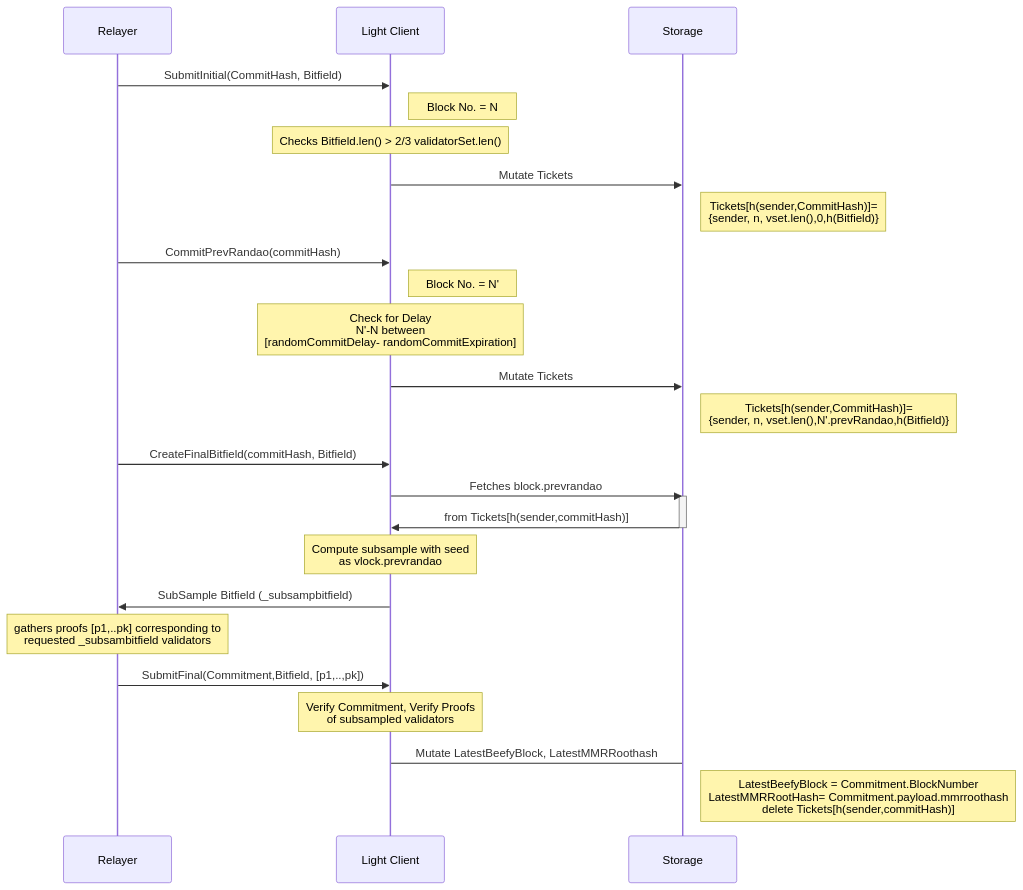
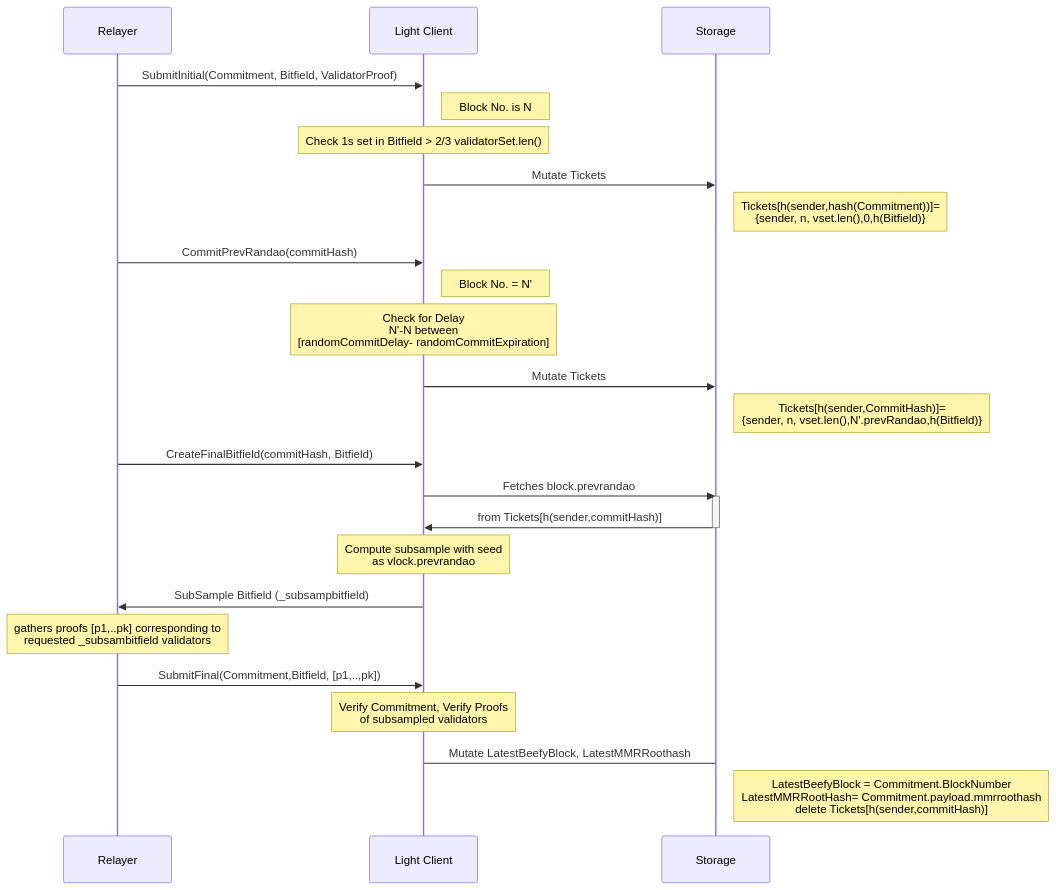
The diagram in docs/sect-finality.md (w3f/polkadot-spec), drawn with Mermaid before and after one commit.

Commit message:
subsampling chart updated

````diff
--- a/docs/sect-finality.md
+++ b/docs/sect-finality.md
@@ -748,29 +748,28 @@
 ```mermaid
 sequenceDiagram
     participant R as Relayer
     participant L as Light Client
     participant S as Storage
-    R->>L: SubmitInitial(CommitHash, Bitfield)
-    Note right of L: Block No. = N
-    Note over L: Checks Bitfield.len() > 2/3 validatorSet.len() 
+    R->>L: SubmitInitial(Commitment, Bitfield, ValidatorProof)
+    Note right of L: Block No. is N
+    Note over L: Check 1s set in Bitfield > 2/3 validatorSet.len() 
     L->>S: Mutate Tickets
-    Note right of S: Tickets[h(sender,CommitHash)]= <br> {sender, n, vset.len(),0,h(Bitfield)}
-
+    Note right of S: Tickets[h(sender,hash(Commitment))]= <br> {sender, n, vset.len(),0,h(Bitfield)}
     R->>L: CommitPrevRandao(commitHash)
     Note right of L: Block No. = N' 
     Note over L: Check for Delay <br> N'-N between <br> [randomCommitDelay- randomCommitExpiration]
     L->>S: Mutate Tickets
     Note right of S: Tickets[h(sender,CommitHash)]= <br> {sender, n, vset.len(),N'.prevRandao,h(Bitfield)}
     R->>L: CreateFinalBitfield(commitHash, Bitfield) 
     L->>S: Fetches block.prevrandao 
     activate S
     S->>L: from Tickets[h(sender,commitHash)]
     deactivate S
     Note over L: Compute subsample with seed <br> as vlock.prevrandao
     L->>R: SubSample Bitfield (_subsampbitfield)
     Note over R: gathers proofs [p1,..pk] corresponding to <br> requested _subsambitfield validators
     R->>L: SubmitFinal(Commitment,Bitfield, [p1,..,pk])
     Note over L: Verify Commitment, Verify Proofs <br> of subsampled validators
     L->S: Mutate LatestBeefyBlock, LatestMMRRoothash
     Note right of S: LatestBeefyBlock = Commitment.BlockNumber <br> LatestMMRRootHash= Commitment.payload.mmrroothash <br> delete Tickets[h(sender,commitHash)]
 ```
````
